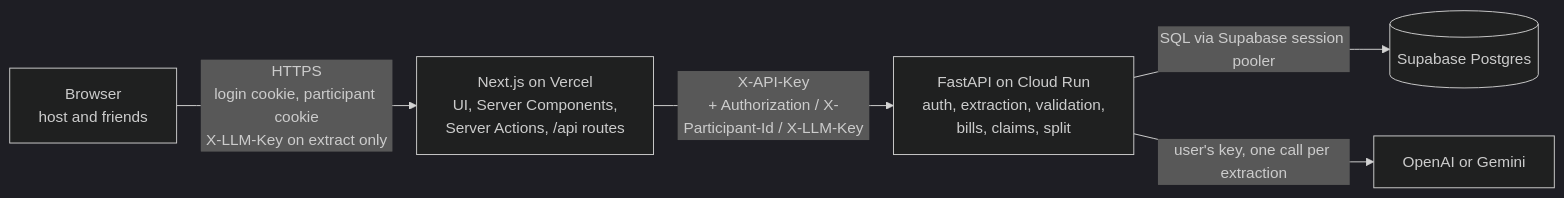
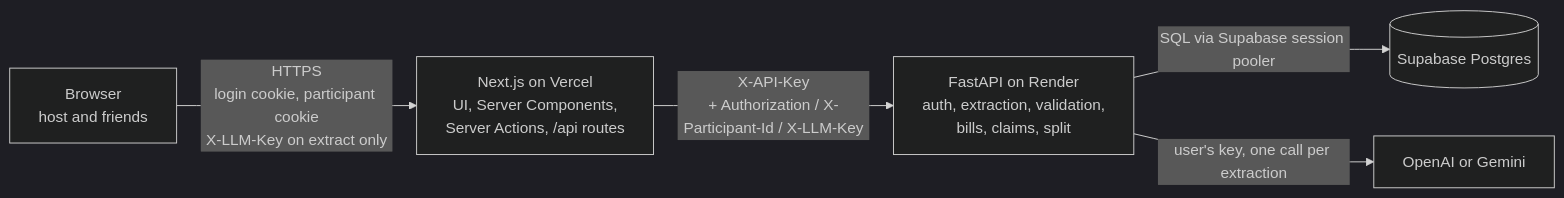
Before and after one commit to RPSingh0/split-the-bill: the diagram in README.md, drawn with Mermaid (dark theme). The commit also changed other lines of this file and 2 other files, not shown here.

First line of the commit message:
Update docs for the Render deployment

````diff
--- a/README.md
+++ b/README.md
@@ -32,7 +32,7 @@
 ```mermaid
 flowchart LR
     B["Browser<br/>host and friends"] -->|"HTTPS<br/>login cookie, participant cookie<br/>X-LLM-Key on extract only"| N["Next.js on Vercel<br/>UI, Server Components,<br/>Server Actions, /api routes"]
-    N -->|"X-API-Key<br/>+ Authorization / X-Participant-Id / X-LLM-Key"| F["FastAPI on Cloud Run<br/>auth, extraction, validation,<br/>bills, claims, split"]
+    N -->|"X-API-Key<br/>+ Authorization / X-Participant-Id / X-LLM-Key"| F["FastAPI on Render<br/>auth, extraction, validation,<br/>bills, claims, split"]
     F -->|"SQL via Supabase session pooler"| D[("Supabase Postgres")]
     F -->|"user's key, one call per extraction"| L["OpenAI or Gemini"]
 ```
````
